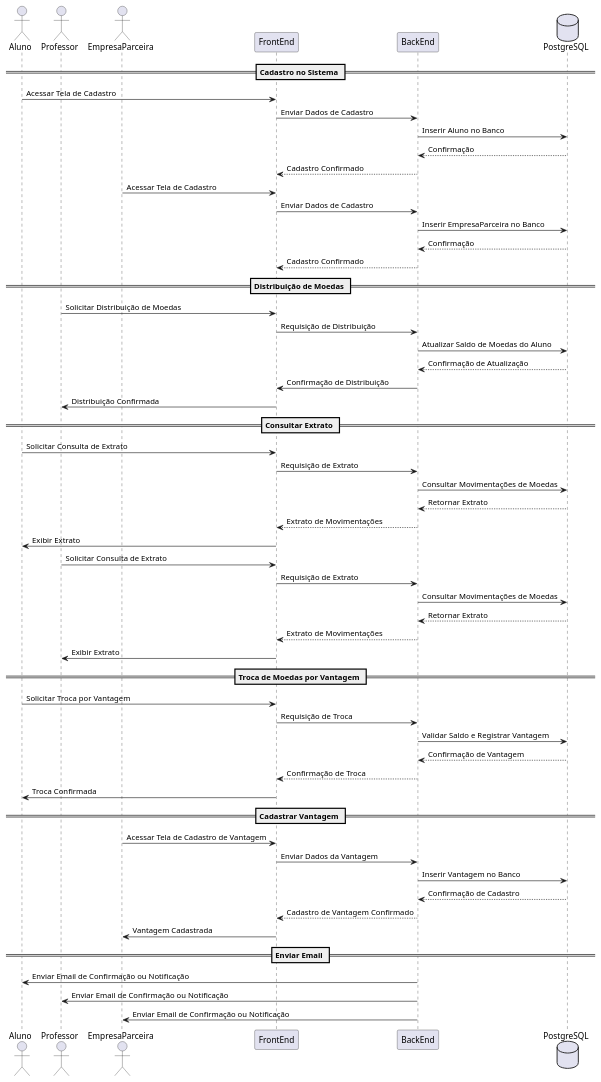
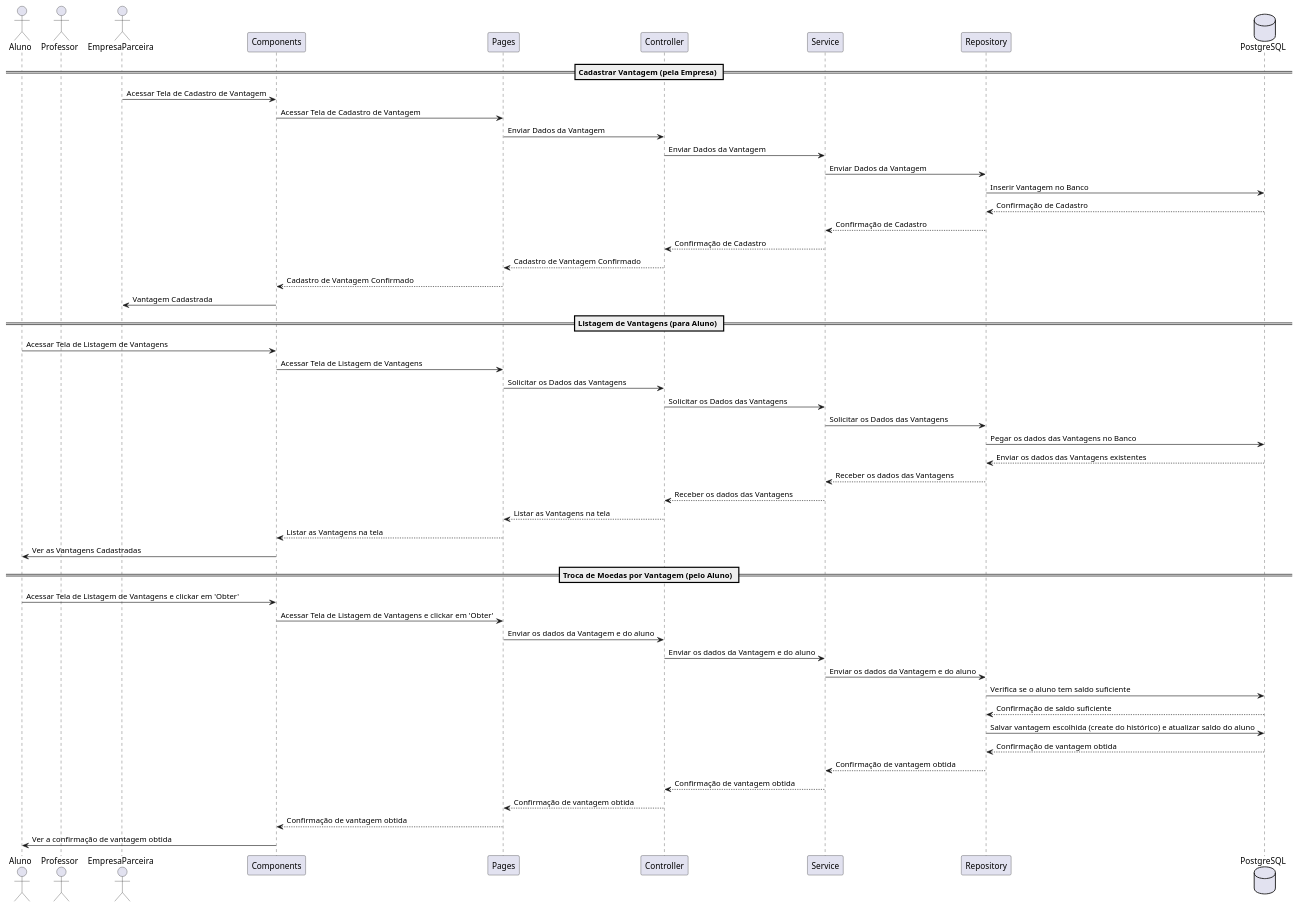
The diagram in projeto/Diagrama de Sequencia/Diagrama_de_Sequencia.puml (JoaoYM/Lab03_LDS), drawn with PlantUML before and after one commit.

Commit message:
Diagrama de Sequencia Corrigido

```diff
--- a/projeto/Diagrama de Sequencia/Diagrama_de_Sequencia.puml
+++ b/projeto/Diagrama de Sequencia/Diagrama_de_Sequencia.puml
@@ -1,66 +1,58 @@
 @startuml
 actor Aluno
 actor Professor
 actor EmpresaParceira
-participant FrontEnd
-participant BackEnd
+
+participant Components
+participant Pages
+participant Controller
+participant Service
+participant Repository
 database PostgreSQL as BD
 
-== Cadastro no Sistema ==
-Aluno -> FrontEnd: Acessar Tela de Cadastro
-FrontEnd -> BackEnd: Enviar Dados de Cadastro
-BackEnd -> BD: Inserir Aluno no Banco
-BD --> BackEnd: Confirmação
-BackEnd --> FrontEnd: Cadastro Confirmado
 
-EmpresaParceira -> FrontEnd: Acessar Tela de Cadastro
-FrontEnd -> BackEnd: Enviar Dados de Cadastro
-BackEnd -> BD: Inserir EmpresaParceira no Banco
-BD --> BackEnd: Confirmação
-BackEnd --> FrontEnd: Cadastro Confirmado
+== Cadastrar Vantagem (pela Empresa) ==
+EmpresaParceira -> Components: Acessar Tela de Cadastro de Vantagem
+Components -> Pages: Acessar Tela de Cadastro de Vantagem
+Pages -> Controller: Enviar Dados da Vantagem
+Controller -> Service: Enviar Dados da Vantagem
+Service -> Repository: Enviar Dados da Vantagem
+Repository -> BD: Inserir Vantagem no Banco
+BD --> Repository: Confirmação de Cadastro
+Repository --> Service: Confirmação de Cadastro
+Service --> Controller: Confirmação de Cadastro
+Controller --> Pages: Cadastro de Vantagem Confirmado
+Pages --> Components: Cadastro de Vantagem Confirmado
+Components -> EmpresaParceira: Vantagem Cadastrada
 
-== Distribuição de Moedas ==
-Professor -> FrontEnd: Solicitar Distribuição de Moedas
-FrontEnd -> BackEnd: Requisição de Distribuição
-BackEnd -> BD: Atualizar Saldo de Moedas do Aluno
-BD --> BackEnd: Confirmação de Atualização
-BackEnd -> FrontEnd: Confirmação de Distribuição
-FrontEnd -> Professor: Distribuição Confirmada
+== Listagem de Vantagens (para Aluno) ==
+Aluno -> Components:  Acessar Tela de Listagem de Vantagens
+Components -> Pages:  Acessar Tela de Listagem de Vantagens
+Pages -> Controller: Solicitar os Dados das Vantagens
+Controller -> Service: Solicitar os Dados das Vantagens
+Service -> Repository: Solicitar os Dados das Vantagens
+Repository -> BD: Pegar os dados das Vantagens no Banco
+BD --> Repository: Enviar os dados das Vantagens existentes
+Repository --> Service: Receber os dados das Vantagens
+Service --> Controller: Receber os dados das Vantagens
+Controller --> Pages: Listar as Vantagens na tela
+Pages --> Components:  Listar as Vantagens na tela
+Components -> Aluno: Ver as Vantagens Cadastradas
 
-== Consultar Extrato ==
-Aluno -> FrontEnd: Solicitar Consulta de Extrato
-FrontEnd -> BackEnd: Requisição de Extrato
-BackEnd -> BD: Consultar Movimentações de Moedas
-BD --> BackEnd: Retornar Extrato
-BackEnd --> FrontEnd: Extrato de Movimentações
-FrontEnd -> Aluno: Exibir Extrato
-
-Professor -> FrontEnd: Solicitar Consulta de Extrato
-FrontEnd -> BackEnd: Requisição de Extrato
-BackEnd -> BD: Consultar Movimentações de Moedas
-BD --> BackEnd: Retornar Extrato
-BackEnd --> FrontEnd: Extrato de Movimentações
-FrontEnd -> Professor: Exibir Extrato
-
-== Troca de Moedas por Vantagem ==
-Aluno -> FrontEnd: Solicitar Troca por Vantagem
-FrontEnd -> BackEnd: Requisição de Troca
-BackEnd -> BD: Validar Saldo e Registrar Vantagem
-BD --> BackEnd: Confirmação de Vantagem
-BackEnd --> FrontEnd: Confirmação de Troca
-FrontEnd -> Aluno: Troca Confirmada
-
-== Cadastrar Vantagem ==
-EmpresaParceira -> FrontEnd: Acessar Tela de Cadastro de Vantagem
-FrontEnd -> BackEnd: Enviar Dados da Vantagem
-BackEnd -> BD: Inserir Vantagem no Banco
-BD --> BackEnd: Confirmação de Cadastro
-BackEnd --> FrontEnd: Cadastro de Vantagem Confirmado
-FrontEnd -> EmpresaParceira: Vantagem Cadastrada
-
-== Enviar Email ==
-BackEnd -> Aluno: Enviar Email de Confirmação ou Notificação
-BackEnd -> Professor: Enviar Email de Confirmação ou Notificação
-BackEnd -> EmpresaParceira: Enviar Email de Confirmação ou Notificação
+== Troca de Moedas por Vantagem (pelo Aluno) ==
+Aluno -> Components:  Acessar Tela de Listagem de Vantagens e clickar em 'Obter'
+Components -> Pages:  Acessar Tela de Listagem de Vantagens e clickar em 'Obter'
+Pages -> Controller: Enviar os dados da Vantagem e do aluno
+Controller -> Service: Enviar os dados da Vantagem e do aluno
+Service -> Repository: Enviar os dados da Vantagem e do aluno
+Repository -> BD: Verifica se o aluno tem saldo suficiente
+BD --> Repository: Confirmação de saldo suficiente
+Repository -> BD: Salvar vantagem escolhida (create do histórico) e atualizar saldo do aluno
+BD --> Repository: Confirmação de vantagem obtida
+Repository --> Service: Confirmação de vantagem obtida
+Service --> Controller: Confirmação de vantagem obtida
+Controller --> Pages: Confirmação de vantagem obtida
+Pages --> Components:  Confirmação de vantagem obtida
+Components -> Aluno: Ver a confirmação de vantagem obtida
 
 @enduml
```
